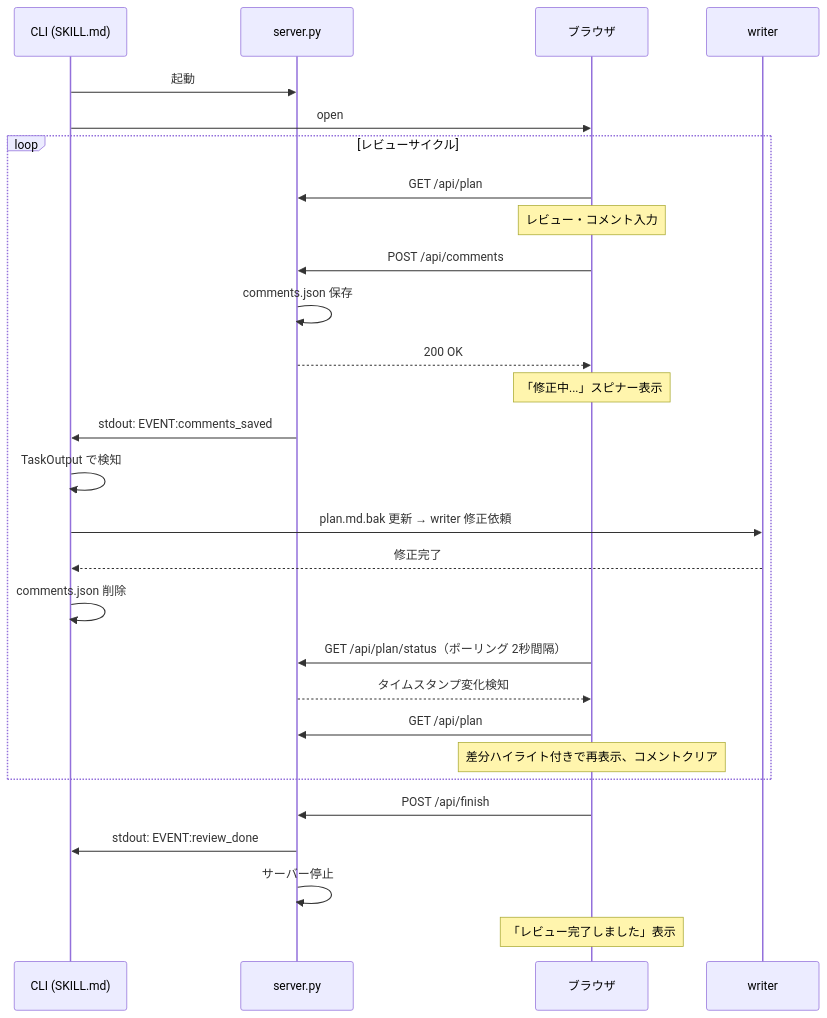
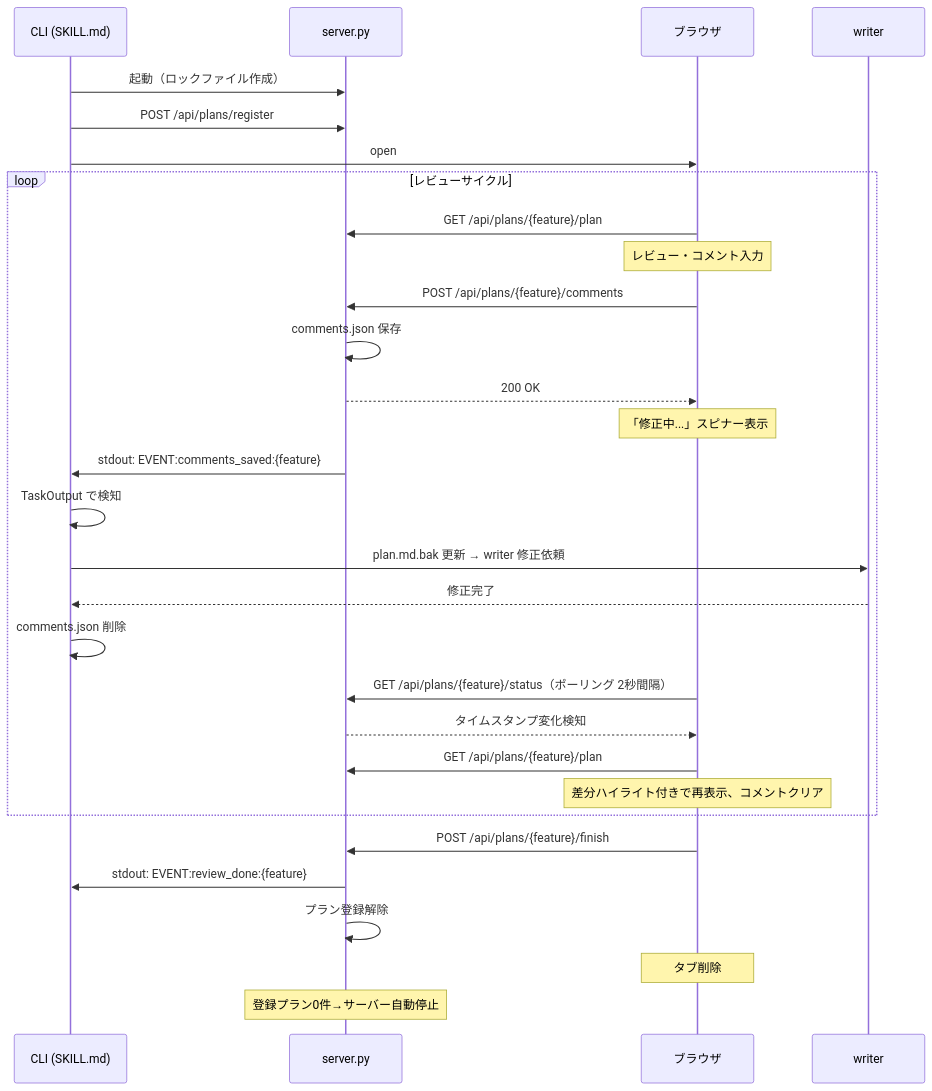
One commit to 884js/spec-driven-dev changed the second of 4 diagrams in docs/plans/live-review/plan.md. Above: the diagram before and after it, drawn with Mermaid. The commit also changed other lines of this file and 4 other files, not shown here.

````diff
--- a/docs/plans/live-review/plan.md
+++ b/docs/plans/live-review/plan.md
@@ -81,33 +91,35 @@
 ```mermaid
 sequenceDiagram
     participant CLI as CLI (SKILL.md)
     participant Server as server.py
     participant Browser as ブラウザ
     participant Writer as writer
 
-    CLI->>Server: 起動
+    CLI->>Server: 起動（ロックファイル作成）
+    CLI->>Server: POST /api/plans/register
     CLI->>Browser: open
 
     loop レビューサイクル
-        Browser->>Server: GET /api/plan
+        Browser->>Server: GET /api/plans/{feature}/plan
         Note over Browser: レビュー・コメント入力
-        Browser->>Server: POST /api/comments
+        Browser->>Server: POST /api/plans/{feature}/comments
         Server->>Server: comments.json 保存
         Server-->>Browser: 200 OK
         Note over Browser: 「修正中...」スピナー表示
-        Server->>CLI: stdout: EVENT:comments_saved
+        Server->>CLI: stdout: EVENT:comments_saved:{feature}
         CLI->>CLI: TaskOutput で検知
         CLI->>Writer: plan.md.bak 更新 → writer 修正依頼
         Writer-->>CLI: 修正完了
         CLI->>CLI: comments.json 削除
-        Browser->>Server: GET /api/plan/status（ポーリング 2秒間隔）
+        Browser->>Server: GET /api/plans/{feature}/status（ポーリング 2秒間隔）
         Server-->>Browser: タイムスタンプ変化検知
-        Browser->>Server: GET /api/plan
+        Browser->>Server: GET /api/plans/{feature}/plan
         Note over Browser: 差分ハイライト付きで再表示、コメントクリア
     end
 
-    Browser->>Server: POST /api/finish
-    Server->>CLI: stdout: EVENT:review_done
-    Server->>Server: サーバー停止
-    Note over Browser: 「レビュー完了しました」表示
+    Browser->>Server: POST /api/plans/{feature}/finish
+    Server->>CLI: stdout: EVENT:review_done:{feature}
+    Server->>Server: プラン登録解除
+    Note over Browser: タブ削除
+    Note over Server: 登録プラン0件→サーバー自動停止
 ```
````
